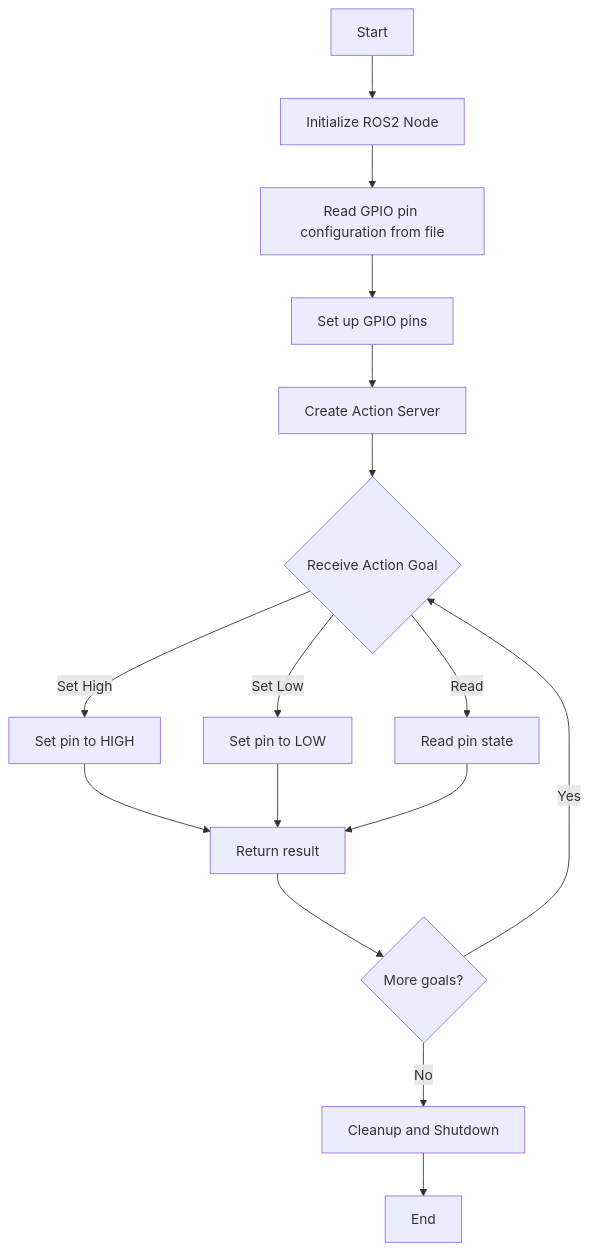
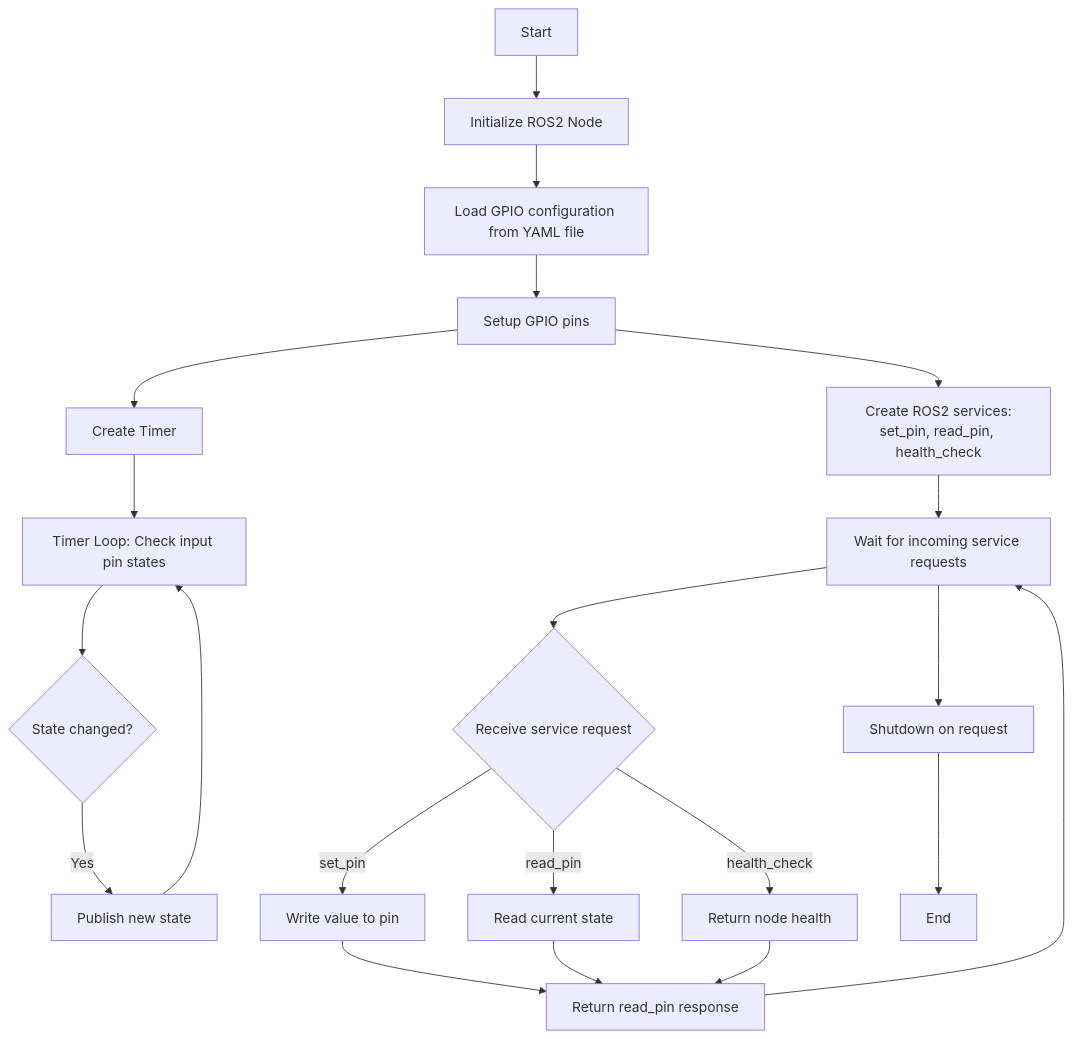
Before and after one commit to MarineRobotics/ros2_pi_gpio: the diagram in README.md, drawn with Mermaid. The commit also changed other lines of this file, not shown here.

Commit message:
changed readme to reflect change from action to service

````diff
--- a/README.md
+++ b/README.md
@@ -9,18 +13,28 @@
 ```mermaid
 graph TD
     A[Start] --> B[Initialize ROS2 Node]
-    B --> C[Read GPIO pin configuration from file]
-    C --> D[Set up GPIO pins]
-    D --> E[Create Action Server]
-    E --> F{Receive Action Goal}
-    F --> |Set High| G[Set pin to HIGH]
-    F --> |Set Low| H[Set pin to LOW]
-    F --> |Read| I[Read pin state]
-    G --> J[Return result]
-    H --> J
-    I --> J
-    J --> K{More goals?}
-    K --> |Yes| F
-    K --> |No| L[Cleanup and Shutdown]
-    L --> M[End]
+    B --> C[Load GPIO configuration from YAML file]
+    C --> D[Setup GPIO pins]
+    D --> E[Create ROS2 services:<br>set_pin, read_pin, health_check]
+    D --> F[Create Timer]
+    
+    %% Timer branch
+    F --> G[Timer Loop: Check input pin states]
+    G --> H{State changed?}
+    H -- Yes --> I[Publish new state]
+    I --> G
+    
+    %% Service branch (runs concurrently)
+    E --> K[Wait for incoming service requests]
+    K --> L{Receive service request}
+    L -- set_pin --> M[Write value to pin]
+    L -- read_pin --> N[Read current state]
+    L -- health_check --> O[Return node health]
+    M --> P[Return set_pin response]
+    N --> P[Return read_pin response]
+    O --> P
+    P --> K
+    
+    K --> Q[Shutdown on request]
+    Q --> R[End]
 ```
````
